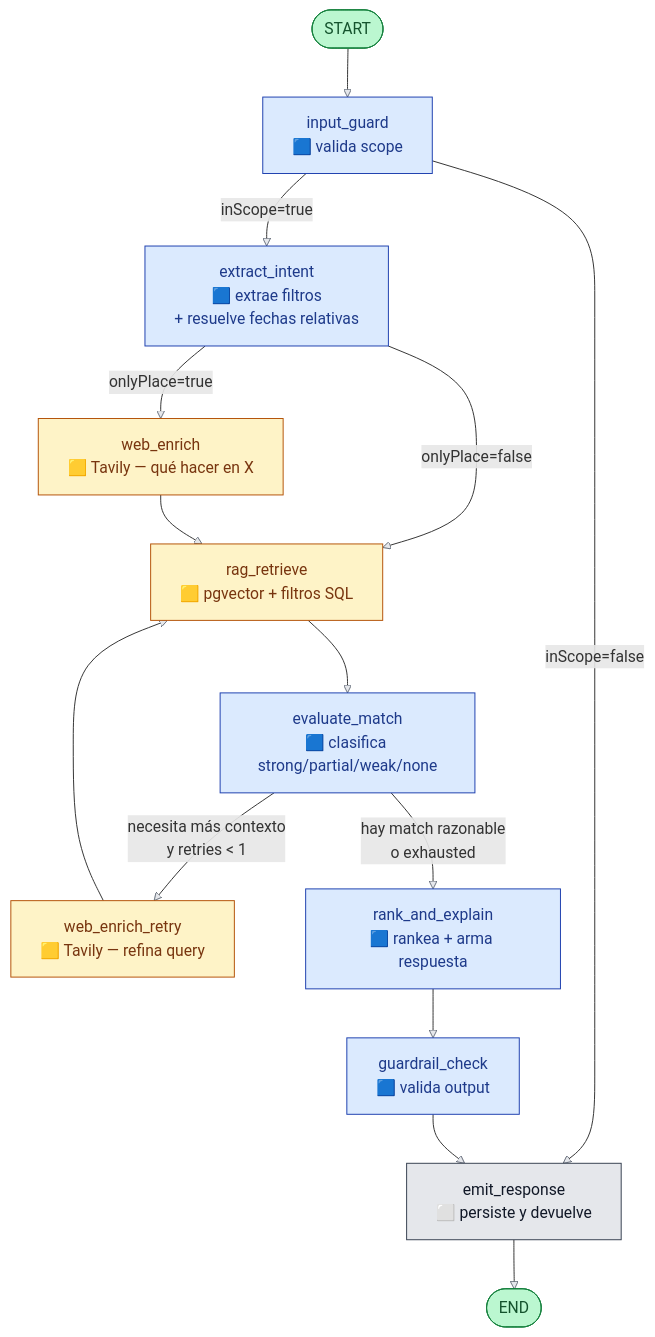
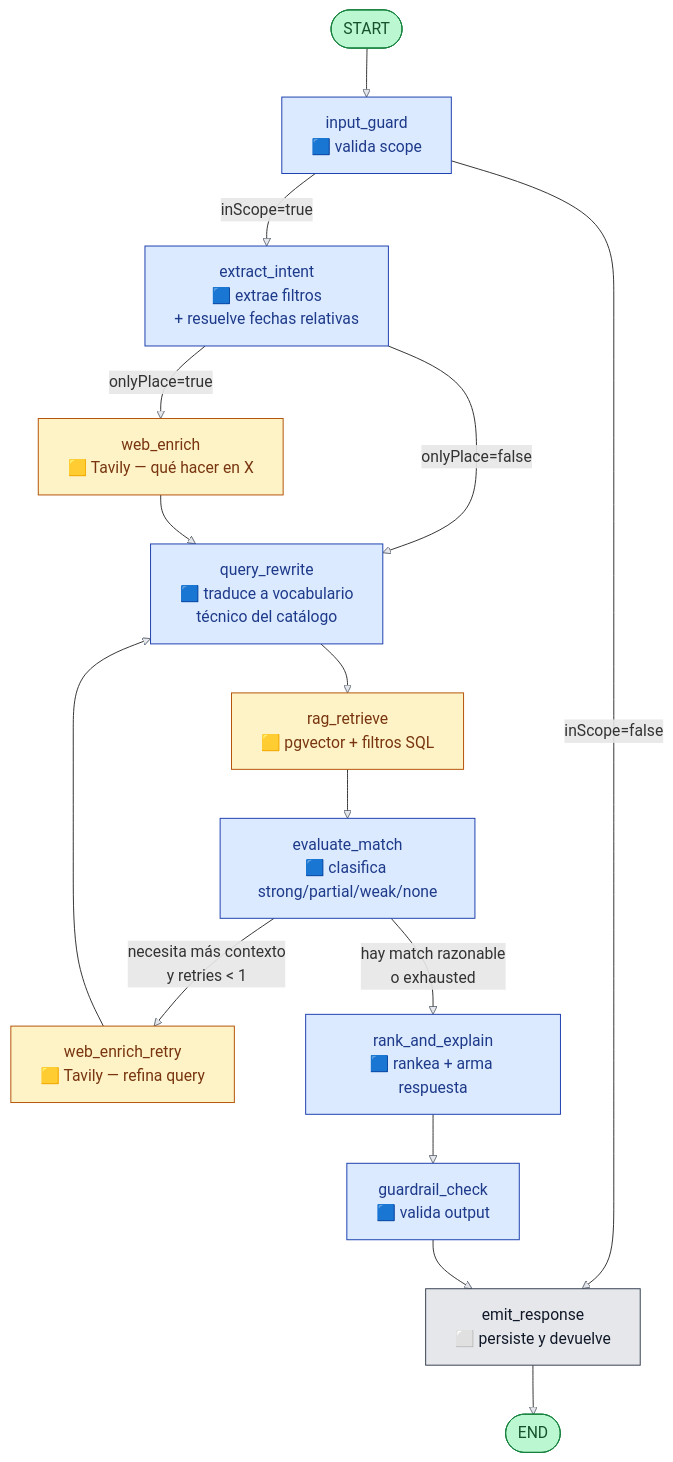
The first of 3 diagrams in docs/AGENT_FLOWS.md (juanfraherrero/TP-MOD-6-DUIA), drawn with Mermaid before and after one commit. The commit also changed other lines of this file and 14 other files, not shown here.

````diff
--- a/docs/AGENT_FLOWS.md
+++ b/docs/AGENT_FLOWS.md
@@ -20,25 +22,26 @@
 ```mermaid
 flowchart TD
     START([START]):::endpoint --> input_guard[input_guard<br/>🟦 valida scope]:::llm
     input_guard -->|inScope=false| emit_response[emit_response<br/>⬜ persiste y devuelve]:::marker
     input_guard -->|inScope=true| extract_intent[extract_intent<br/>🟦 extrae filtros<br/>+ resuelve fechas relativas]:::llm
 
     extract_intent -->|onlyPlace=true| web_enrich[web_enrich<br/>🟨 Tavily — qué hacer en X]:::tool
-    extract_intent -->|onlyPlace=false| rag_retrieve[rag_retrieve<br/>🟨 pgvector + filtros SQL]:::tool
+    extract_intent -->|onlyPlace=false| query_rewrite[query_rewrite<br/>🟦 traduce a vocabulario<br/>técnico del catálogo]:::llm
 
-    web_enrich --> rag_retrieve
+    web_enrich --> query_rewrite
+    query_rewrite --> rag_retrieve[rag_retrieve<br/>🟨 pgvector + filtros SQL]:::tool
     rag_retrieve --> evaluate_match[evaluate_match<br/>🟦 clasifica strong/partial/weak/none]:::llm
 
     evaluate_match -->|necesita más contexto<br/>y retries < 1| web_enrich_retry[web_enrich_retry<br/>🟨 Tavily — refina query]:::tool
     evaluate_match -->|hay match razonable<br/>o exhausted| rank_and_explain[rank_and_explain<br/>🟦 rankea + arma respuesta]:::llm
 
-    web_enrich_retry --> rag_retrieve
+    web_enrich_retry --> query_rewrite
     rank_and_explain --> guardrail_check[guardrail_check<br/>🟦 valida output]:::llm
     guardrail_check --> emit_response
     emit_response --> END([END]):::endpoint
 
     classDef llm fill:#dbeafe,stroke:#1e40af,color:#1e3a8a
     classDef tool fill:#fef3c7,stroke:#b45309,color:#78350f
     classDef marker fill:#e5e7eb,stroke:#374151,color:#111827
     classDef endpoint fill:#bbf7d0,stroke:#15803d,color:#14532d
 ```
````
